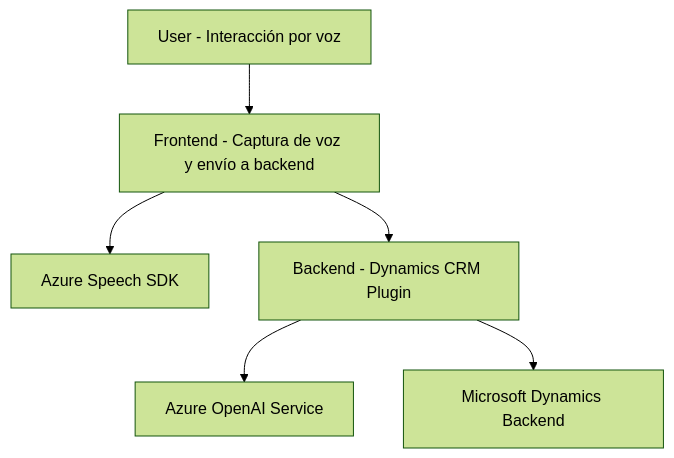
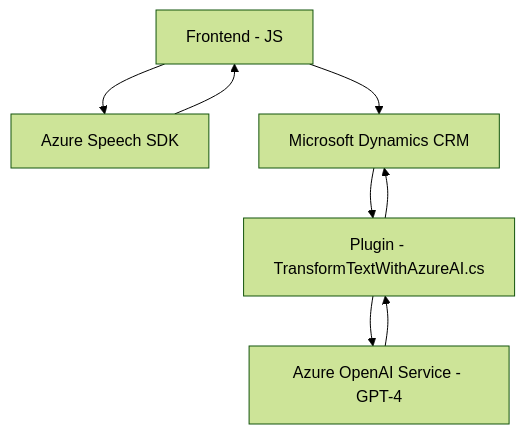
Before and after one commit to blopezdm/NETCORE_BILBAO2025: the diagram in README.md, drawn with Mermaid (forest theme). The commit also changed other lines of this file, not shown here.

````diff
--- a/README.md
+++ b/README.md
@@ -41,15 +63,10 @@
 ```mermaid
 graph TD
-    A["User - Interacción por voz"]
-    B["Frontend - Captura de voz y envío a backend"]
-    C["Azure Speech SDK"]
-    D["Backend - Dynamics CRM Plugin"]
-    E["Azure OpenAI Service"]
-    F["Microsoft Dynamics Backend"]
-
-    A --> B
-    B --> C
-    B --> D
-    D --> E
-    D --> F
+    A["Frontend - JS"] --> B["Azure Speech SDK"]
+    A --> C["Microsoft Dynamics CRM"]
+    B --> A
+    C --> D["Plugin - TransformTextWithAzureAI.cs"]
+    D --> E["Azure OpenAI Service - GPT-4"]
+    D --> C
+    E --> D
 ```
````
